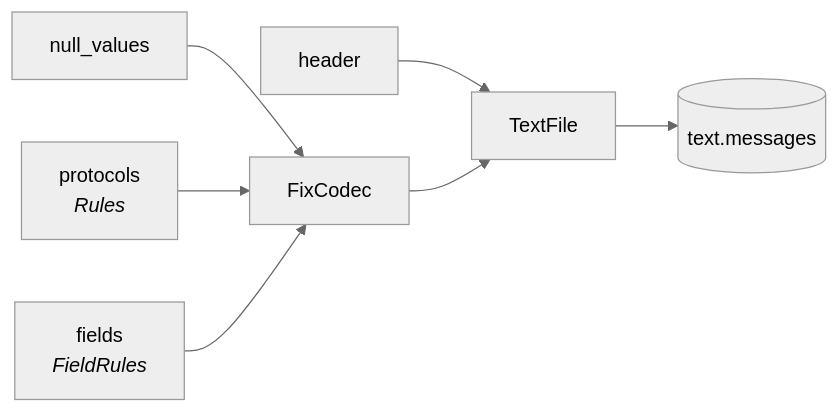
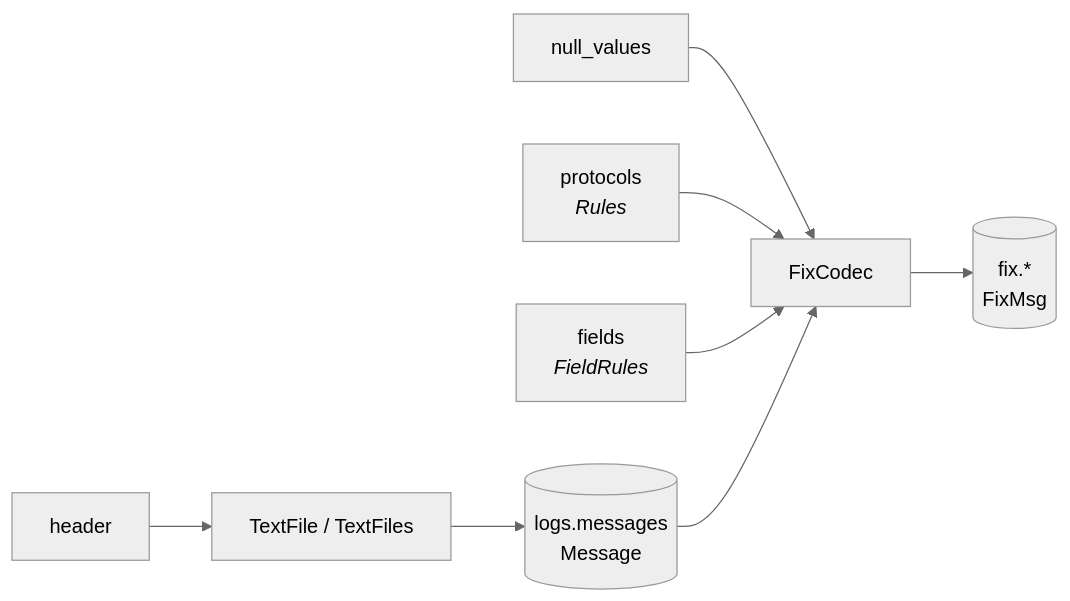
One commit to Platob/yggfin changed the diagram in docs/configuring.md. Above: the diagram before and after it, drawn with Mermaid (neutral theme). The commit also changed other lines of this file and 87 other files, not shown here.

````diff
--- a/docs/configuring.md
+++ b/docs/configuring.md
@@ -9,9 +8,10 @@
 ```mermaid
 flowchart LR
-    H[header] --> T[TextFile]
+    H[header] --> T[TextFile / TextFiles]
+    T --> M[(logs.messages<br/>Message)]
     N[null_values] --> C[FixCodec]
     P[protocols<br/><i>Rules</i>] --> C
     F[fields<br/><i>FieldRules</i>] --> C
-    C --> T
-    T --> R[(text.messages)]
+    M --> C
+    C --> R[(fix.*<br/>FixMsg)]
 ```
````
